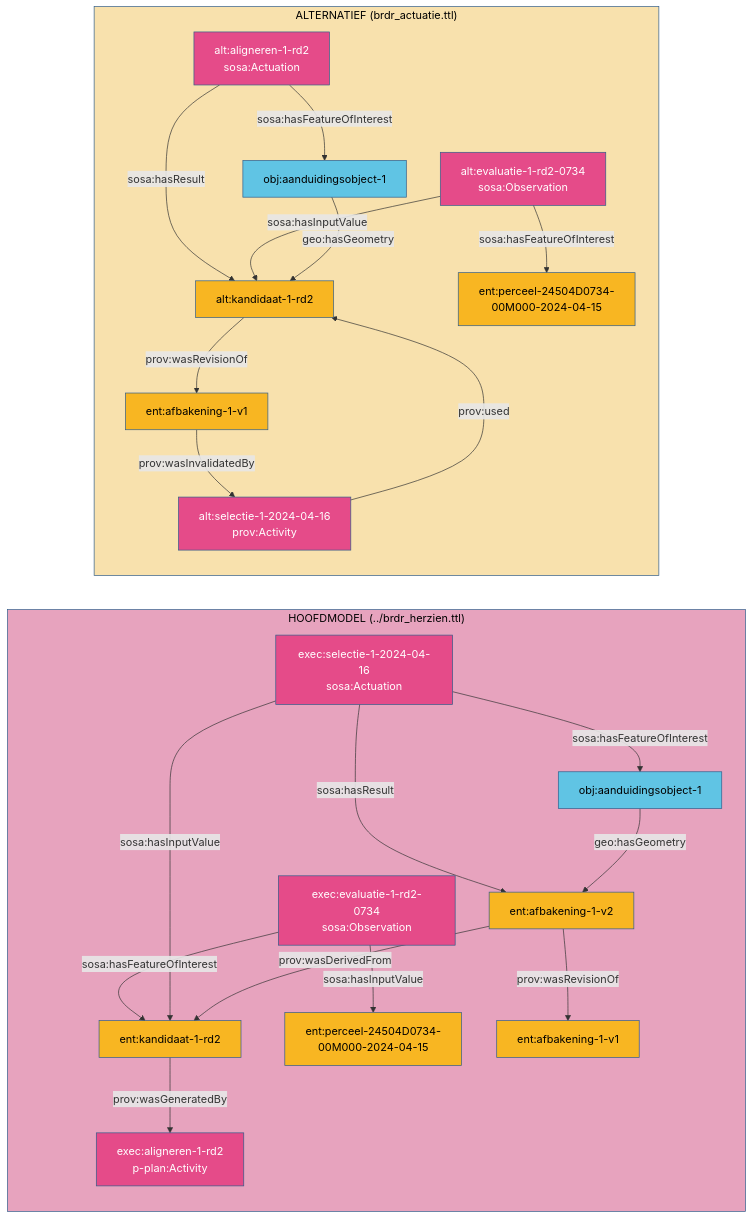
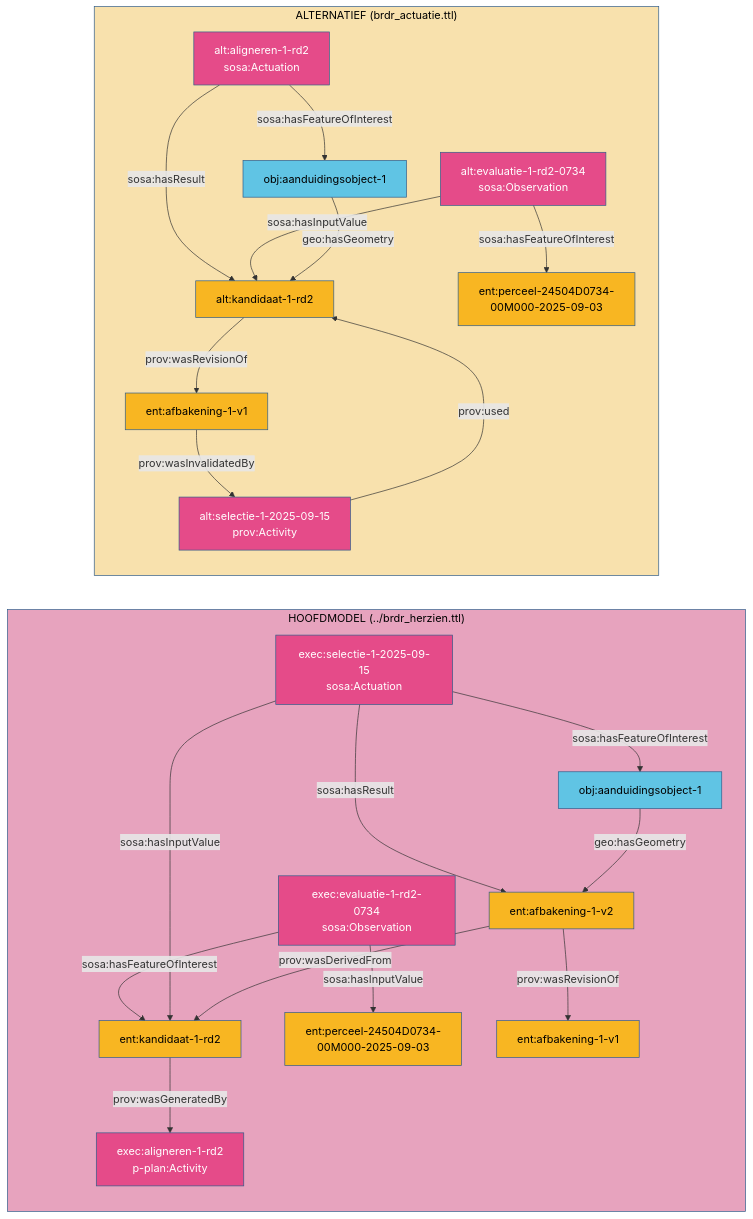
One commit to Informatievlaanderen/OSLOthema-SSNSOSA-VL changed the diagram in src/main/input/brdr/alternatief/brdr_vergelijking.mmd. Above: the diagram before and after it, drawn with Mermaid. The commit also changed 10 other files, not shown here.

```diff
--- a/src/main/input/brdr/alternatief/brdr_vergelijking.mmd
+++ b/src/main/input/brdr/alternatief/brdr_vergelijking.mmd
@@ -1,60 +1,60 @@
 flowchart LR
     subgraph HOOFD["HOOFDMODEL (../brdr_herzien.ttl)"]
         h_aligneren["exec:aligneren-1-rd2<br/>p-plan:Activity"]
         h_kandidaat["ent:kandidaat-1-rd2"]
         h_eval["exec:evaluatie-1-rd2-0734<br/>sosa:Observation"]
-        h_perceel["ent:perceel-24504D0734-00M000-2024-04-15"]
-        h_selectie["exec:selectie-1-2024-04-16<br/>sosa:Actuation"]
+        h_perceel["ent:perceel-24504D0734-00M000-2025-09-03"]
+        h_selectie["exec:selectie-1-2025-09-15<br/>sosa:Actuation"]
         h_object["obj:aanduidingsobject-1"]
         h_v2["ent:afbakening-1-v2"]
         h_v1["ent:afbakening-1-v1"]
     end
 
     subgraph ALT["ALTERNATIEF (brdr_actuatie.ttl)"]
         a_aligneren["alt:aligneren-1-rd2<br/>sosa:Actuation"]
         a_kandidaat["alt:kandidaat-1-rd2"]
         a_eval["alt:evaluatie-1-rd2-0734<br/>sosa:Observation"]
-        a_perceel["ent:perceel-24504D0734-00M000-2024-04-15"]
-        a_selectie["alt:selectie-1-2024-04-16<br/>prov:Activity"]
+        a_perceel["ent:perceel-24504D0734-00M000-2025-09-03"]
+        a_selectie["alt:selectie-1-2025-09-15<br/>prov:Activity"]
         a_object["obj:aanduidingsobject-1"]
         a_v1["ent:afbakening-1-v1"]
     end
 
     h_kandidaat -->|prov:wasGeneratedBy| h_aligneren
     h_eval -->|sosa:hasFeatureOfInterest| h_kandidaat
     h_eval -->|sosa:hasInputValue| h_perceel
     h_selectie -->|sosa:hasFeatureOfInterest| h_object
     h_selectie -->|sosa:hasInputValue| h_kandidaat
     h_selectie -->|sosa:hasResult| h_v2
     h_v2 -->|prov:wasDerivedFrom| h_kandidaat
     h_v2 -->|prov:wasRevisionOf| h_v1
     h_object -->|geo:hasGeometry| h_v2
 
     a_aligneren -->|sosa:hasFeatureOfInterest| a_object
     a_aligneren -->|sosa:hasResult| a_kandidaat
     a_eval -->|sosa:hasFeatureOfInterest| a_perceel
     a_eval -->|sosa:hasInputValue| a_kandidaat
     a_selectie -->|prov:used| a_kandidaat
     a_kandidaat -->|prov:wasRevisionOf| a_v1
     a_v1 -->|prov:wasInvalidatedBy| a_selectie
     a_object -->|geo:hasGeometry| a_kandidaat
 
     style HOOFD fill:#e7a3be,stroke:#2E5C8A,color:#000
     style ALT fill:#f8e1ad,stroke:#2E5C8A,color:#000
 
     style h_aligneren fill:#e54b89,stroke:#2E5C8A,color:#fff
     style h_kandidaat fill:#f8b622,stroke:#2E5C8A,color:#000
     style h_eval fill:#e54b89,stroke:#2E5C8A,color:#fff
     style h_perceel fill:#f8b622,stroke:#2E5C8A,color:#000
     style h_selectie fill:#e54b89,stroke:#2E5C8A,color:#fff
     style h_object fill:#60c4e4,stroke:#2E5C8A,color:#000
     style h_v2 fill:#f8b622,stroke:#2E5C8A,color:#000
     style h_v1 fill:#f8b622,stroke:#2E5C8A,color:#000
 
     style a_aligneren fill:#e54b89,stroke:#2E5C8A,color:#fff
     style a_kandidaat fill:#f8b622,stroke:#2E5C8A,color:#000
     style a_eval fill:#e54b89,stroke:#2E5C8A,color:#fff
     style a_perceel fill:#f8b622,stroke:#2E5C8A,color:#000
     style a_selectie fill:#e54b89,stroke:#2E5C8A,color:#fff
     style a_object fill:#60c4e4,stroke:#2E5C8A,color:#000
     style a_v1 fill:#f8b622,stroke:#2E5C8A,color:#000
```
